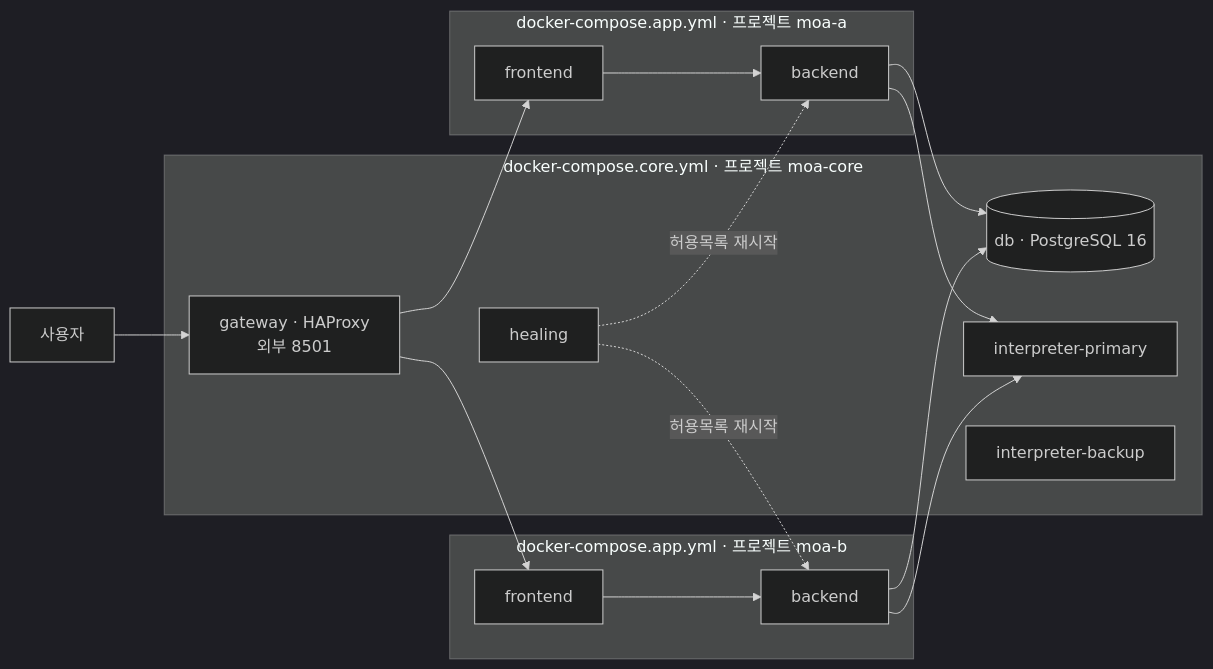
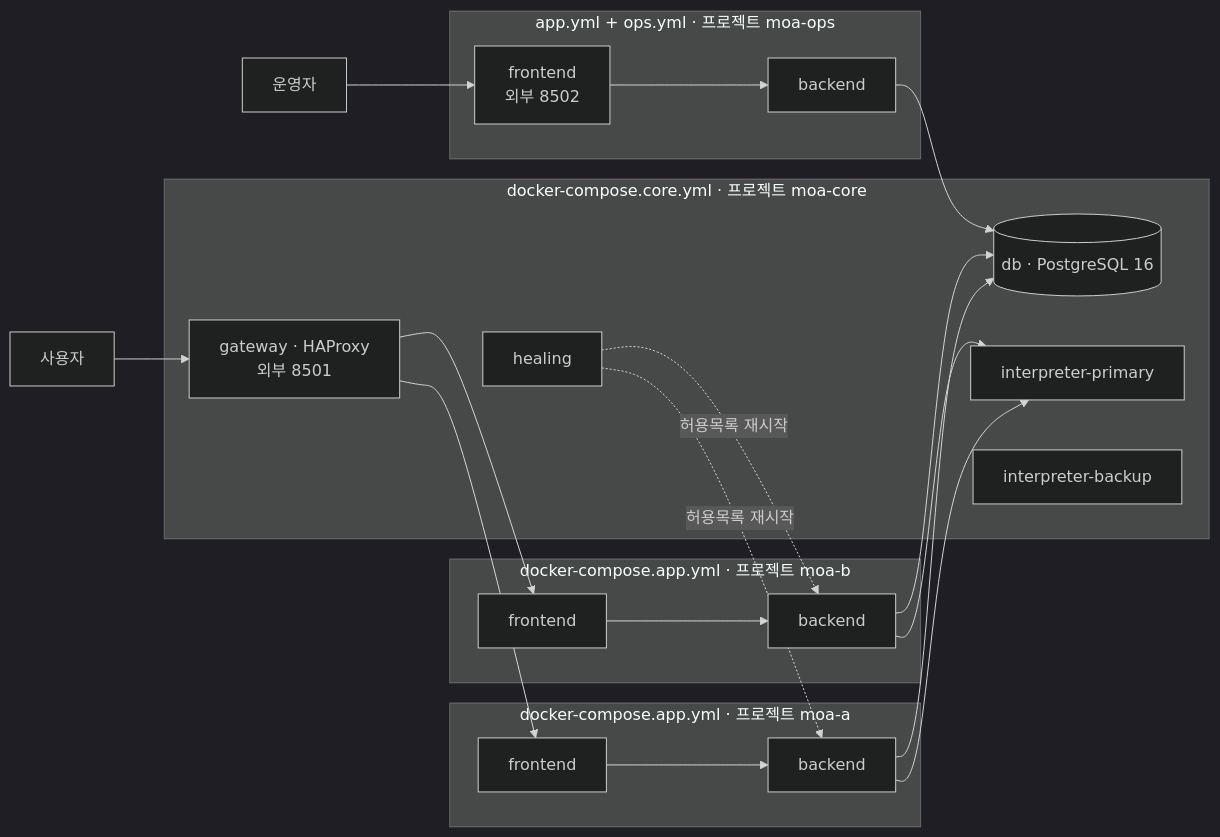
The fifth of 10 diagrams in docs/PRD.md (931njhthe-star/moa), drawn with Mermaid (dark theme) before and after one commit. The commit also changed other lines of this file and 1 other file, not shown here.

First line of the commit message:
[문서] PRD v1.3 · 기획서 6절 — 운영 대시보드 전용 스택 moa-ops 반영 (#111)

````diff
--- a/docs/PRD.md
+++ b/docs/PRD.md
@@ -273,25 +273,30 @@
 ```mermaid
 flowchart LR
     U[사용자] --> G
     subgraph CORE["docker-compose.core.yml · 프로젝트 moa-core"]
         G["gateway · HAProxy<br/>외부 8501"]
         DB[("db · PostgreSQL 16")]
         IP["interpreter-primary"]
         IB["interpreter-backup"]
         H["healing"]
     end
     subgraph A["docker-compose.app.yml · 프로젝트 moa-a"]
         FA["frontend"] --> BA["backend"]
     end
     subgraph B["docker-compose.app.yml · 프로젝트 moa-b"]
         FB["frontend"] --> BB["backend"]
     end
+    subgraph OPS["app.yml + ops.yml · 프로젝트 moa-ops"]
+        FO["frontend<br/>외부 8502"] --> BO["backend"]
+    end
+    O[운영자] --> FO
     G --> FA
     G --> FB
     BA --> DB
     BB --> DB
+    BO --> DB
     BA --> IP
     BB --> IP
     H -.->|"허용목록 재시작"| BA
     H -.->|"허용목록 재시작"| BB
 ```
````
